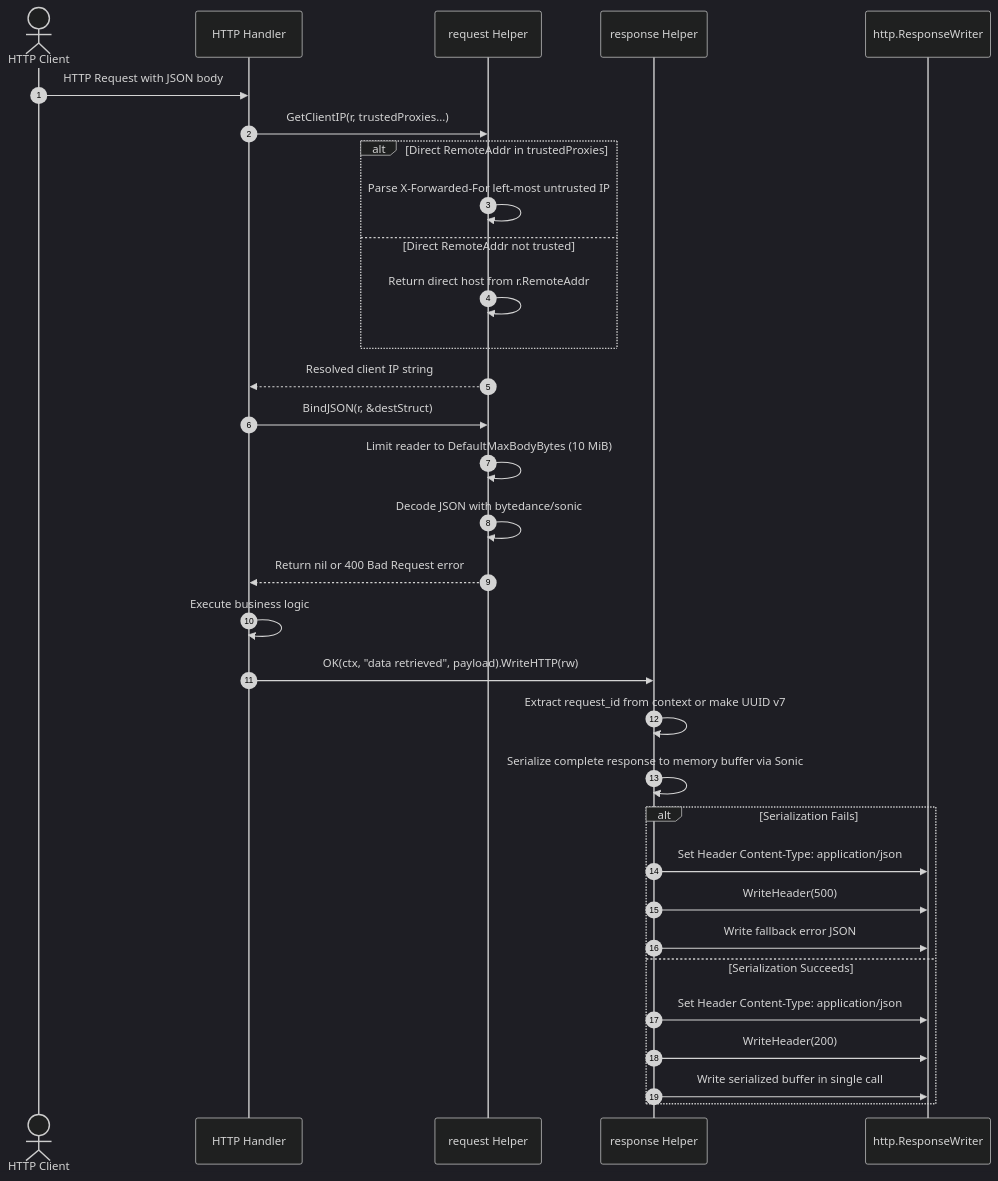
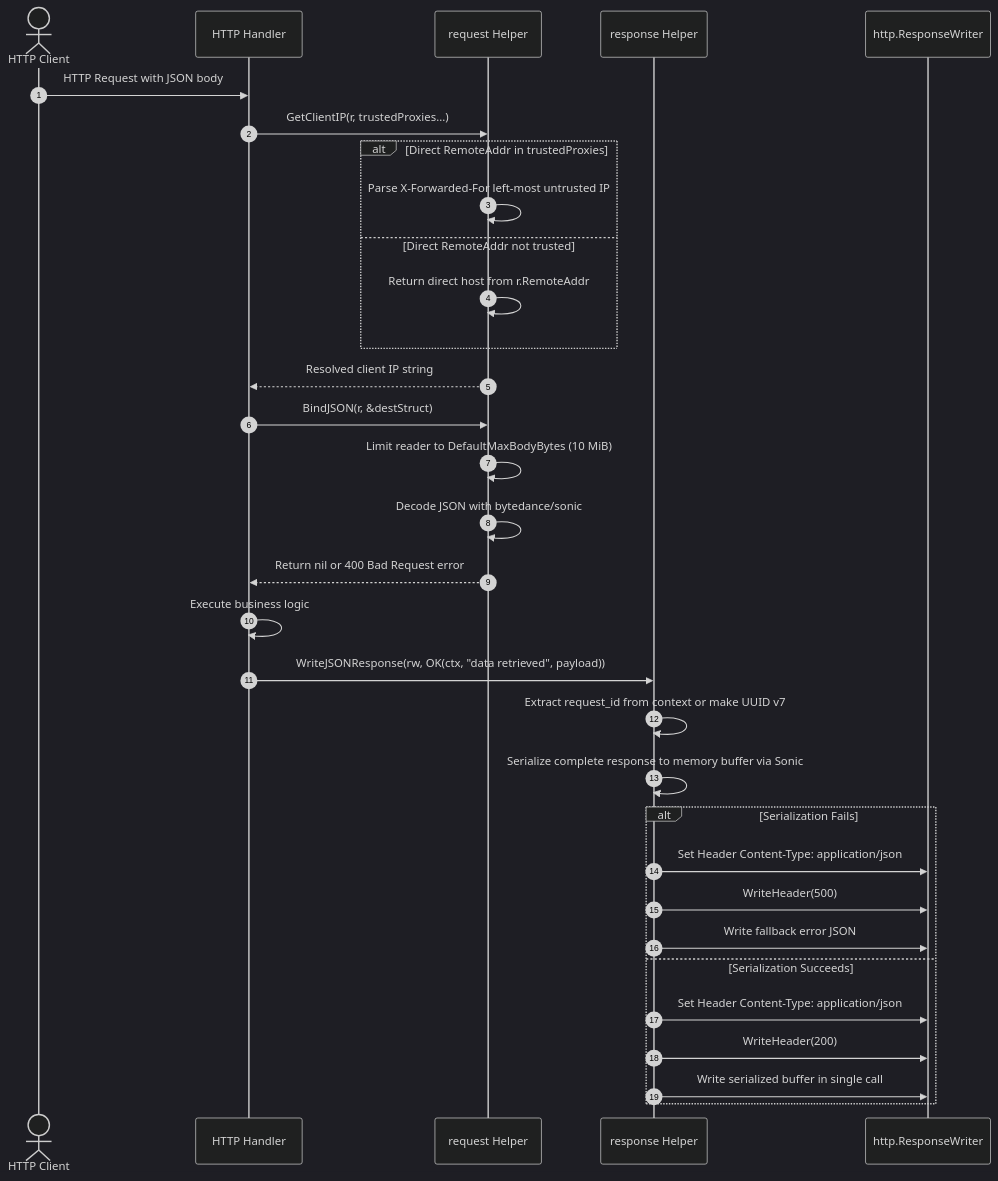
One commit to Jkenyut/nvx-go-helper changed the fourth of 9 diagrams in README.md. Above: the diagram before and after it, drawn with Mermaid (dark theme). The commit also changed other lines of this file and 41 other files, not shown here.

````diff
--- a/README.md
+++ b/README.md
@@ -224,38 +223,38 @@
 ```mermaid
 sequenceDiagram
     autonumber
     actor Client as HTTP Client
     participant Handler as HTTP Handler
     participant Req as request Helper
     participant Resp as response Helper
     participant RW as http.ResponseWriter
 
     Client->>Handler: HTTP Request with JSON body
     Handler->>Req: GetClientIP(r, trustedProxies...)
     alt Direct RemoteAddr in trustedProxies
         Req->>Req: Parse X-Forwarded-For left-most untrusted IP
     else Direct RemoteAddr not trusted
         Req->>Req: Return direct host from r.RemoteAddr
     end
     Req-->>Handler: Resolved client IP string
 
     Handler->>Req: BindJSON(r, &destStruct)
     Req->>Req: Limit reader to DefaultMaxBodyBytes (10 MiB)
     Req->>Req: Decode JSON with bytedance/sonic
     Req-->>Handler: Return nil or 400 Bad Request error
 
     Handler->>Handler: Execute business logic
 
-    Handler->>Resp: OK(ctx, "data retrieved", payload).WriteHTTP(rw)
+    Handler->>Resp: WriteJSONResponse(rw, OK(ctx, "data retrieved", payload))
     Resp->>Resp: Extract request_id from context or make UUID v7
     Resp->>Resp: Serialize complete response to memory buffer via Sonic
     alt Serialization Fails
         Resp->>RW: Set Header Content-Type: application/json
         Resp->>RW: WriteHeader(500)
         Resp->>RW: Write fallback error JSON
     else Serialization Succeeds
         Resp->>RW: Set Header Content-Type: application/json
         Resp->>RW: WriteHeader(200)
         Resp->>RW: Write serialized buffer in single call
     end
 ```
````
